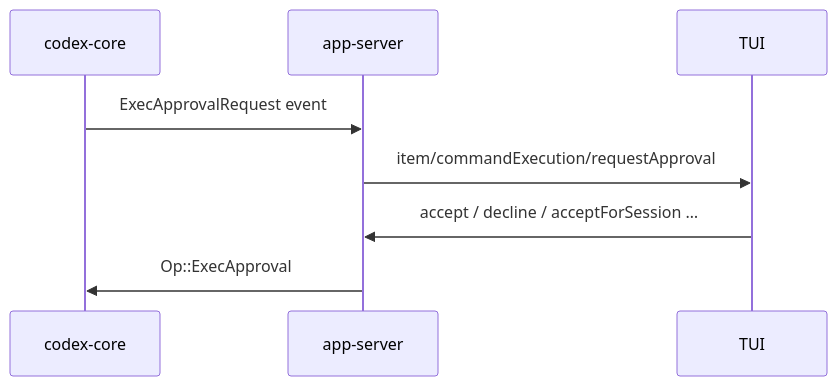
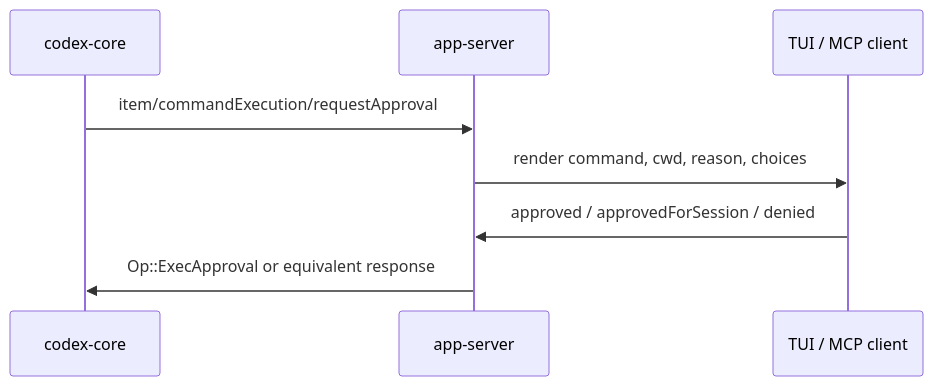
One commit to anneincontext/codex-labs changed the second of 2 diagrams in notes/codex/security-design.md. Above: the diagram before and after it, drawn with Mermaid. The commit also changed other lines of this file and 1 other file, not shown here.

````diff
--- a/notes/codex/security-design.md
+++ b/notes/codex/security-design.md
@@ -202,11 +229,11 @@
 ```mermaid
 sequenceDiagram
   participant Core as codex-core
   participant AS as app-server
-  participant TUI as TUI
+  participant UI as TUI / MCP client
 
-  Core->>AS: ExecApprovalRequest event
-  AS->>TUI: item/commandExecution/requestApproval
-  TUI->>AS: accept / decline / acceptForSession …
-  AS->>Core: Op::ExecApproval
+  Core->>AS: item/commandExecution/requestApproval
+  AS->>UI: render command, cwd, reason, choices
+  UI->>AS: approved / approvedForSession / denied
+  AS->>Core: Op::ExecApproval or equivalent response
 ```
````
